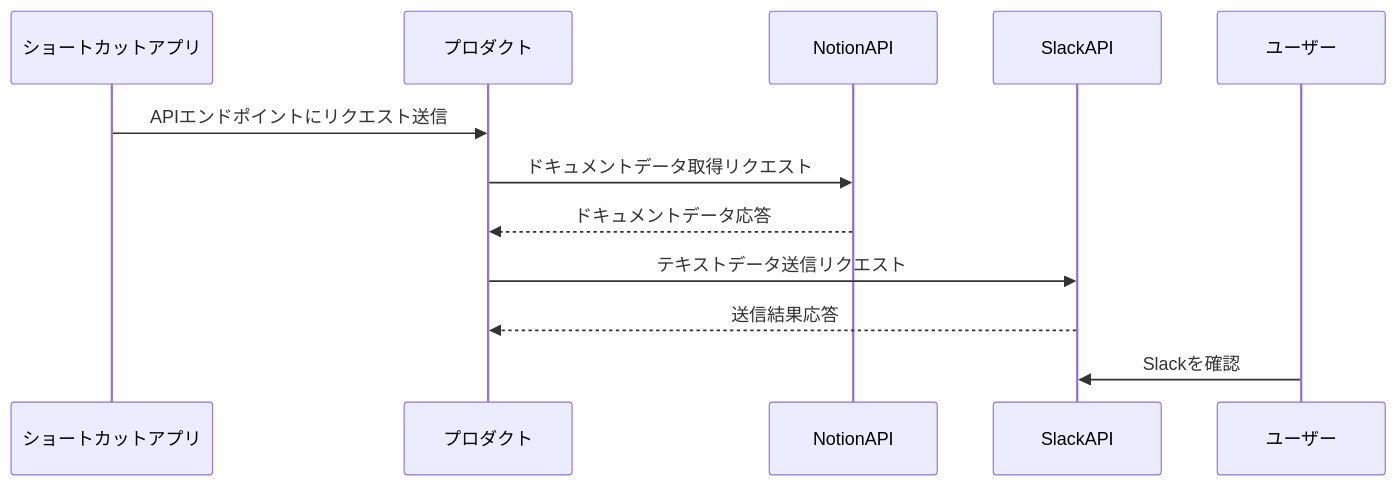
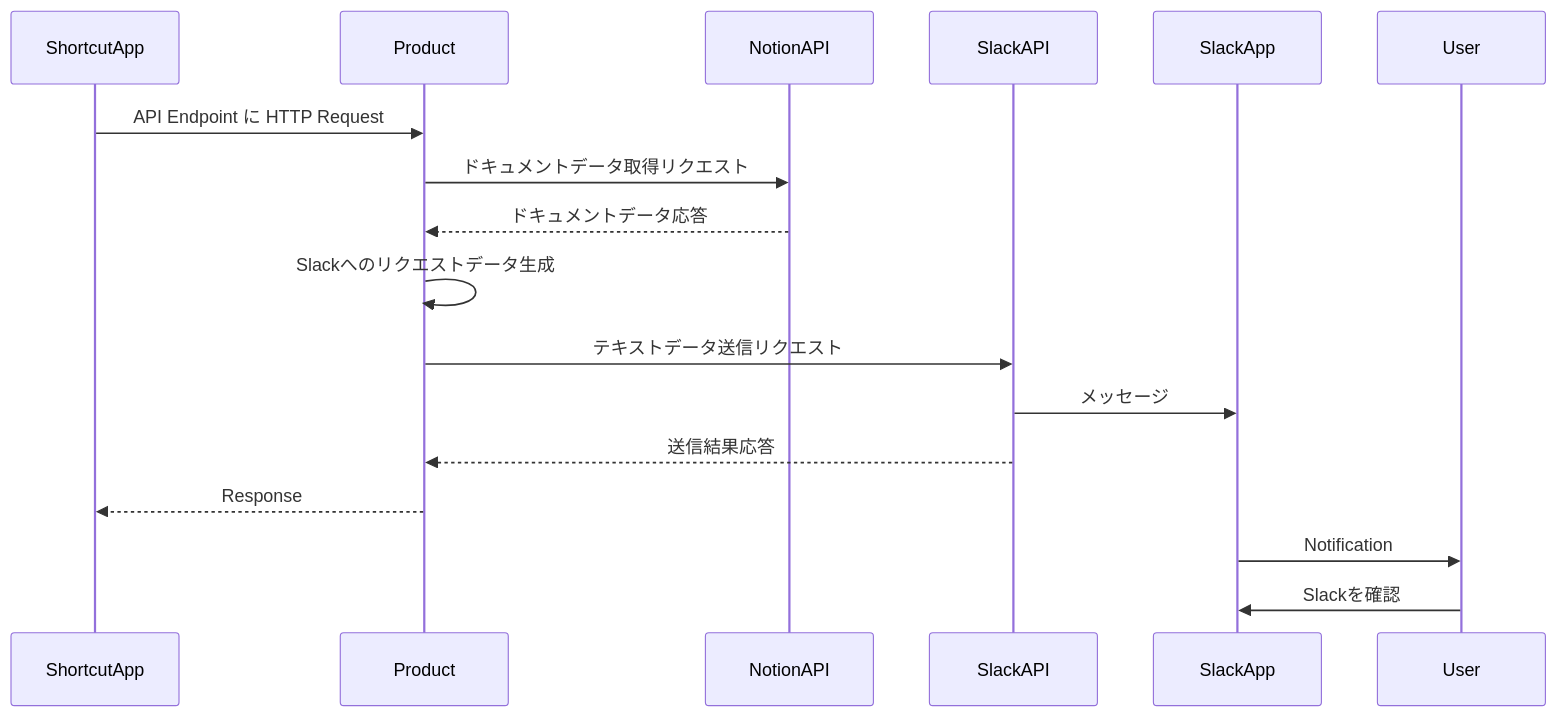
The diagram in thanksfulness/docs/Sequence.md (YOS0602/my-tools), drawn with Mermaid before and after one commit. The commit also changed other lines of this file and 1 other file, not shown here.

Commit message:
📜 Sequence & Software Design

````diff
--- a/thanksfulness/docs/Sequence.md
+++ b/thanksfulness/docs/Sequence.md
@@ -3,15 +3,24 @@
 ```mermaid
 sequenceDiagram
-    participant ショートカットアプリ
-    participant プロダクト
+    participant ShortcutApp
+    participant Product
     participant NotionAPI
     participant SlackAPI
-    participant ユーザー
+    participant SlackApp
+    participant User
 
-    ショートカットアプリ ->> プロダクト: APIエンドポイントにリクエスト送信
-    プロダクト ->> NotionAPI: ドキュメントデータ取得リクエスト
-    NotionAPI -->> プロダクト: ドキュメントデータ応答
-    プロダクト ->> SlackAPI: テキストデータ送信リクエスト
-    SlackAPI -->> プロダクト: 送信結果応答
-    ユーザー ->> SlackAPI: Slackを確認
+    ShortcutApp ->> Product: API Endpoint に HTTP Request
+
+    Product ->> NotionAPI: ドキュメントデータ取得リクエスト
+    NotionAPI -->> Product: ドキュメントデータ応答
+
+    Product ->> Product: Slackへのリクエストデータ生成
+
+    Product ->> SlackAPI: テキストデータ送信リクエスト
+    SlackAPI ->> SlackApp: メッセージ
+    SlackAPI -->> Product: 送信結果応答
+    Product -->> ShortcutApp: Response
+
+    SlackApp ->> User: Notification
+    User ->> SlackApp: Slackを確認
 ```
````
